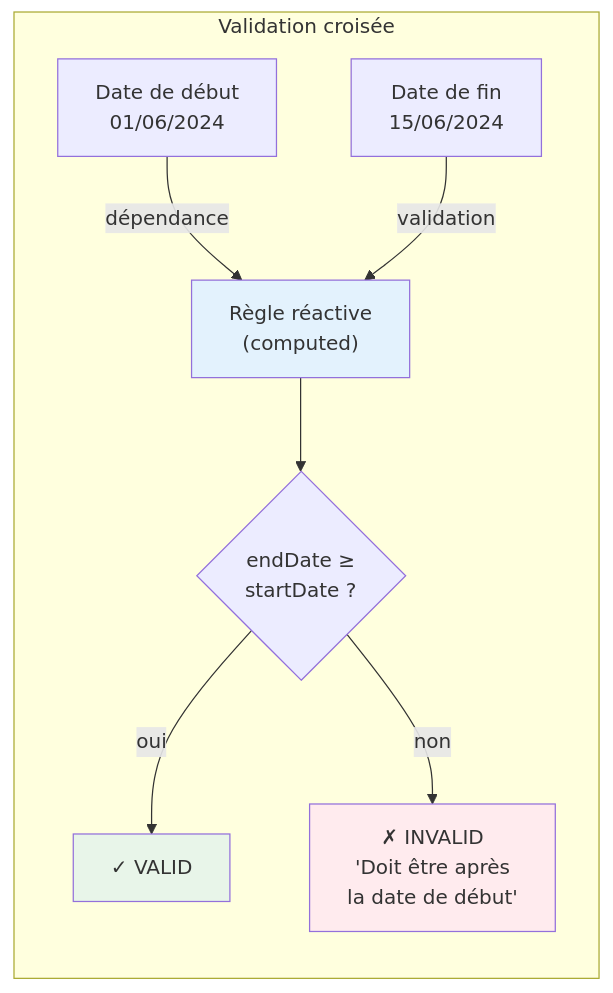
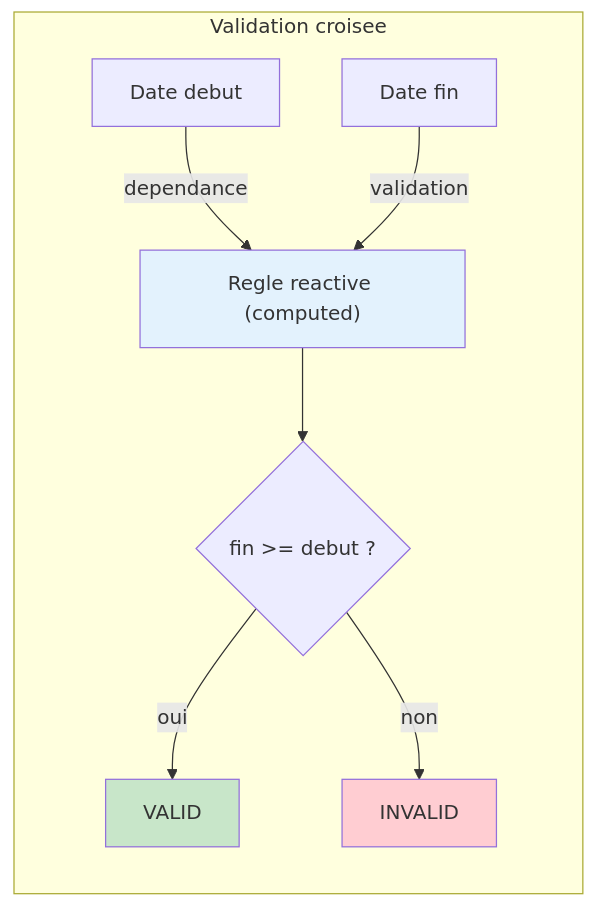
The eighth of 9 diagrams in VALIDATION_SYSTEM_GUIDE.md (assurance-maladie-digital/design-system-v3), drawn with Mermaid before and after one commit. The commit also changed other lines of this file, not shown here.

Commit message:
VALIDATION_SYSTEM_GUIDE: simplify mermaid diagrams and improve readability

````diff
--- a/VALIDATION_SYSTEM_GUIDE.md
+++ b/VALIDATION_SYSTEM_GUIDE.md
@@ -351,25 +334,21 @@
 ```mermaid
 flowchart LR
-    subgraph CrossValidation["Validation croisée"]
-        direction TB
-
-        Start[Date de début<br/>01/06/2024]
-        End[Date de fin<br/>15/06/2024]
-
-        Rule["Règle réactive<br/>(computed)"]
-        RuleCheck{"endDate ≥<br/>startDate ?"}
-
-        Valid["✓ VALID"]
-        Invalid["✗ INVALID<br/>'Doit être après<br/>la date de début'"]
+    subgraph CrossValidation["Validation croisee"]
+        Start["Date debut"]
+        End["Date fin"]
+        Rule["Regle reactive (computed)"]
+        RuleCheck{"fin >= debut ?"}
+        Valid["VALID"]
+        Invalid["INVALID"]
     end
 
-    Start -->|dépendance| Rule
+    Start -->|dependance| Rule
     End -->|validation| Rule
     Rule --> RuleCheck
     RuleCheck -->|oui| Valid
     RuleCheck -->|non| Invalid
 
     style Rule fill:#e3f2fd
-    style Valid fill:#e8f5e9
-    style Invalid fill:#ffebee
+    style Valid fill:#c8e6c9
+    style Invalid fill:#ffcdd2
 ```
````
